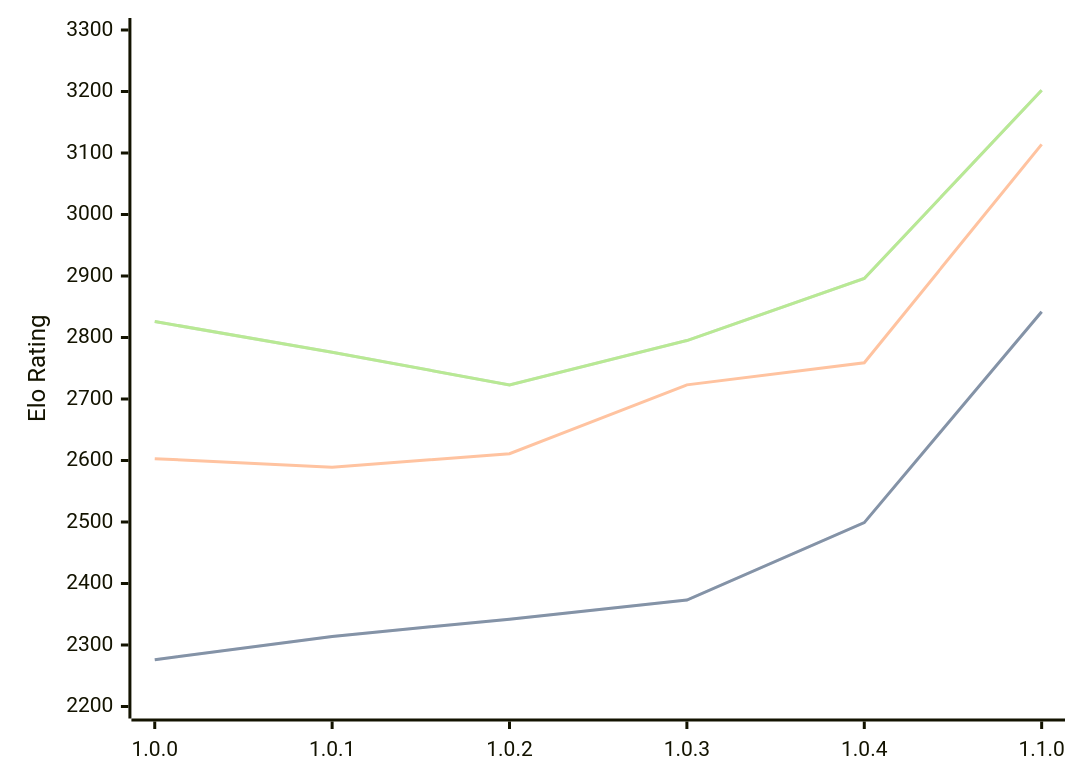
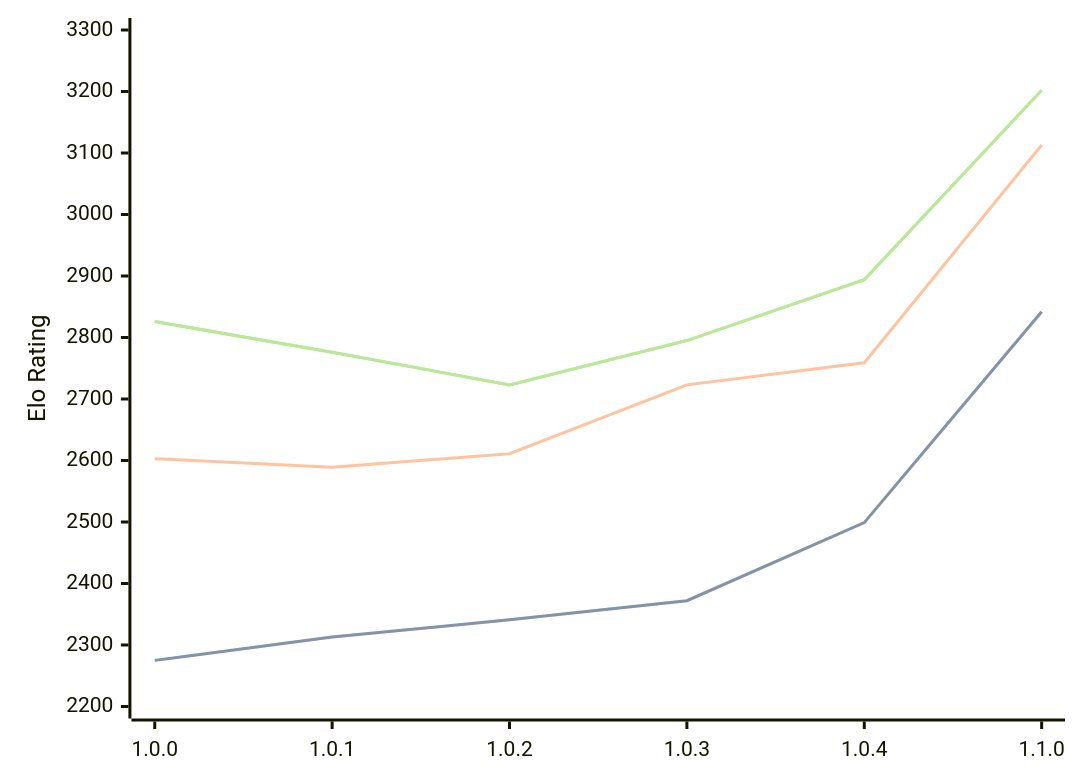
The diagram in engines/Grail.md (computer-chess-index/cci), drawn with Mermaid before and after one commit. The commit also changed other lines of this file, not shown here.

Commit message:
Update CCI Ratings (ELO VLTC) - 2026-03-16

````diff
--- a/engines/Grail.md
+++ b/engines/Grail.md
@@ -34,11 +34,11 @@
 ```mermaid
 %%{init: {"theme":"base","themeVariables":{"seriesColors:['#a3a3a3','#222221','#faa371']}}}%%
 xychart-beta
   x-axis ["1.0.0", "1.0.1", "1.0.2", "1.0.3", "1.0.4", "1.1.0"]
   y-axis "Elo Rating" 2200 --> 3300
-  line "STC (8.0+0.08s)" [2276, 2314, 2342, 2373, 2499, 2842]
-  line "STC (8.0+0.08s)" [2276, 2314, 2342, 2373, 2499, 2842]
-  line "LTC (60.0+0.60s)" [2603, 2589, 2611, 2723, 2759, 3114]
-  line "VLTC (2m24s+1.12s)" [2826, 2776, 2723, 2795, 2896, 3202]
-  line "VLTC (2m24s+1.12s)" [2826, 2776, 2723, 2795, 2896, 3202]
+  line "STC (8.0+0.08s)" [2275, 2313, 2341, 2372, 2499, 2842]
+  line "STC (8.0+0.08s)" [2275, 2313, 2341, 2372, 2499, 2842]
+  line "LTC (60.0+0.60s)" [2603, 2589, 2611, 2723, 2759, 3113]
+  line "VLTC (2m24s+1.12s)" [2826, 2776, 2723, 2795, 2894, 3202]
+  line "VLTC (2m24s+1.12s)" [2826, 2776, 2723, 2795, 2894, 3202]
 ```
````
